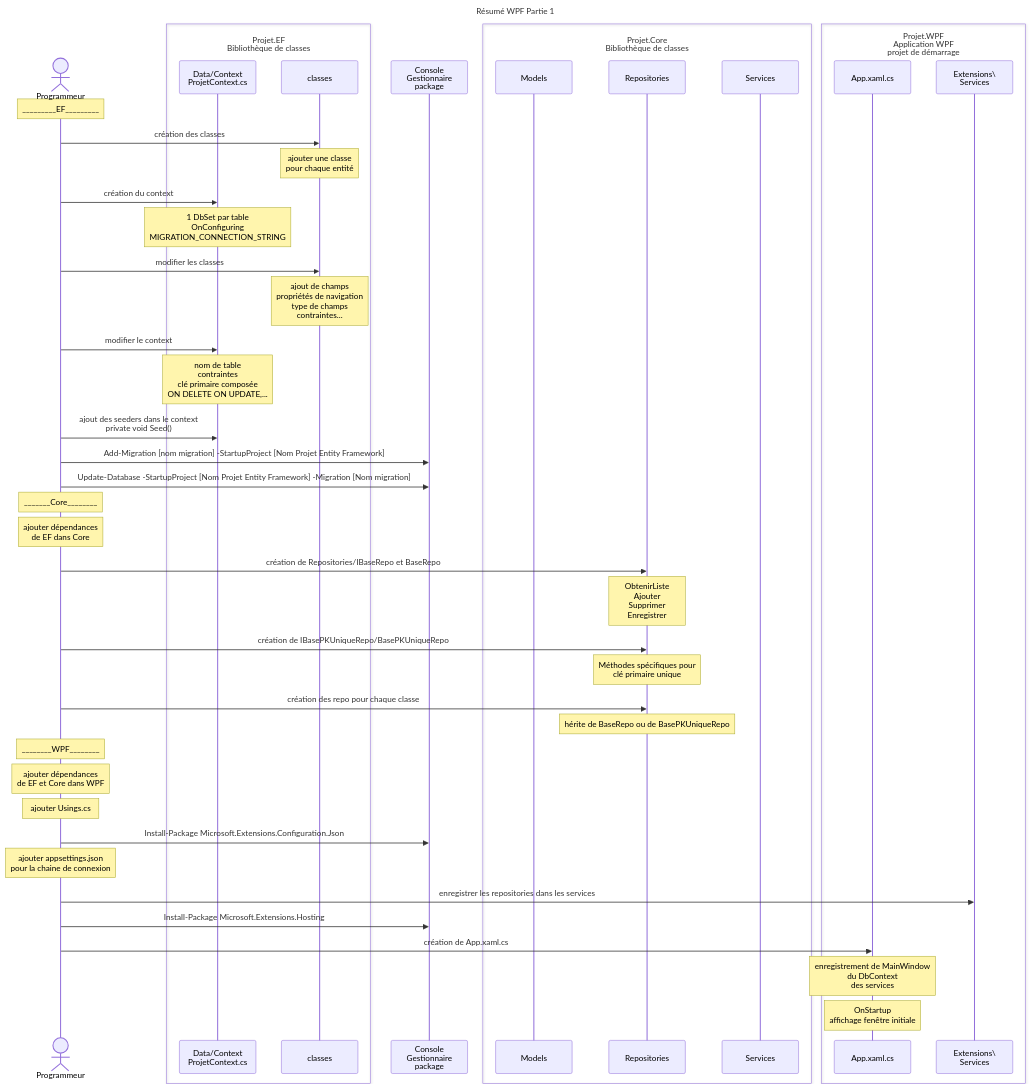
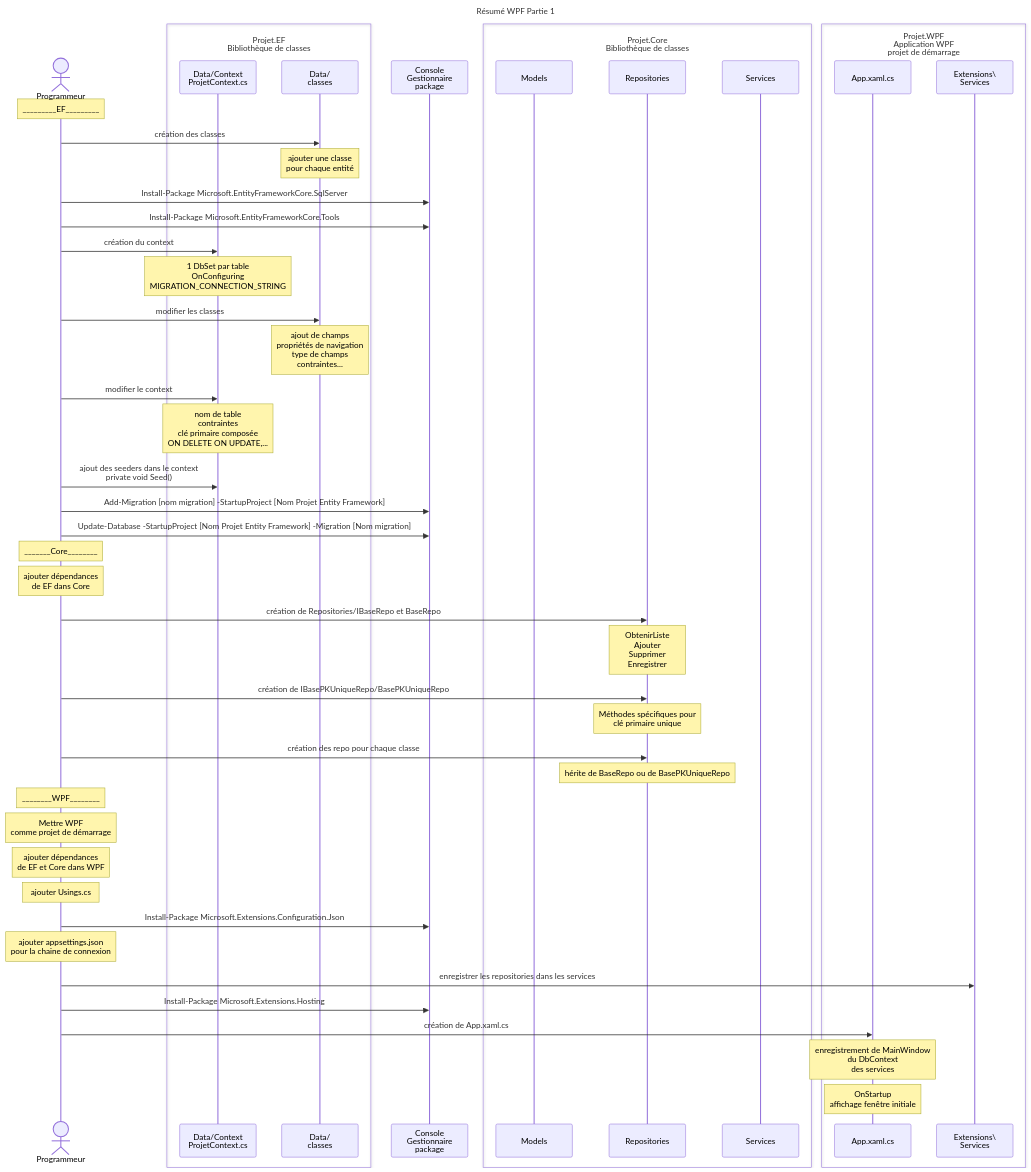
The diagram in docs/70-WPF partie 1/wpf_resume.md (BenoitDesrosiers/4N1_2024), drawn with Mermaid before and after one commit. The commit also changed other lines of this file and 11 other files, not shown here.

````diff
--- a/docs/70-WPF partie 1/wpf_resume.md
+++ b/docs/70-WPF partie 1/wpf_resume.md
@@ -13,56 +13,59 @@
 ```mermaid
 sequenceDiagram
     title Résumé WPF Partie 1
     actor prog as Programmeur
     
     box  Projet.EF<br>Bibliothèque de classes
     participant ef_context as Data/Context<br>ProjetContext.cs
-    participant ef_classe as classes
+    participant ef_classe as Data/<br>classes
     end
+    participant cgp as Console<br>Gestionnaire<br>package
     note over prog: _________EF_________
     prog->>ef_classe: création des classes
     note over ef_classe: ajouter une classe<br>pour chaque entité
+    prog->>cgp: Install-Package Microsoft.EntityFrameworkCore.SqlServer
+    prog->>cgp: Install-Package Microsoft.EntityFrameworkCore.Tools
     prog->>ef_context: création du context
     note over ef_context: 1 DbSet par table<br>OnConfiguring<br>MIGRATION_CONNECTION_STRING
-    participant cgp as Console<br>Gestionnaire<br>package
     prog->>ef_classe: modifier les classes
     note over ef_classe: ajout de champs<br>propriétés de navigation<br>type de champs<br>contraintes...
     prog->>ef_context: modifier le context
     note over ef_context: nom de table<br>contraintes<br>clé primaire composée<br>ON DELETE ON UPDATE,...
     prog->>ef_context: ajout des seeders dans le context<br>private void Seed()
     prog->>cgp: Add-Migration [nom migration] -StartupProject [Nom Projet Entity Framework]
     prog->>cgp: Update-Database -StartupProject [Nom Projet Entity Framework] -Migration [Nom migration]
 
 
     note over prog: _______Core________
     box  Projet.Core<br>Bibliothèque de classes
     participant core_model as Models
     participant core_repo as Repositories
     participant core_serv as Services
     end
     note over prog: ajouter dépendances<br>de EF dans Core
     prog->>core_repo:création de Repositories/IBaseRepo et BaseRepo
     note over core_repo: ObtenirListe<br>Ajouter<br>Supprimer<br>Enregistrer
     prog->>core_repo:création de IBasePKUniqueRepo/BasePKUniqueRepo
     note over core_repo: Méthodes spécifiques pour<br>clé primaire unique
     prog->>core_repo: création des repo pour chaque classe
     note over core_repo: hérite de BaseRepo ou de BasePKUniqueRepo
 
     note over prog:________WPF________
+    note over prog:Mettre WPF <br>comme projet de démarrage
     box Projet.WPF<br>Application WPF<br>projet de démarrage
     participant wpf_app as App.xaml.cs 
     participant wpf_serv as Extensions\<br>Services
     end
     note over prog: ajouter dépendances<br>de EF et Core dans WPF
     note over prog: ajouter Usings.cs
     prog->>cgp:Install-Package Microsoft.Extensions.Configuration.Json
     note over prog: ajouter appsettings.json<br>pour la chaine de connexion
     prog->>wpf_serv:enregistrer les repositories dans les services
     prog->>cgp:Install-Package Microsoft.Extensions.Hosting
     prog->>wpf_app:création de App.xaml.cs
     note over wpf_app:enregistrement de MainWindow<br>du DbContext<br>des services
     note over wpf_app:OnStartup<br>affichage fenêtre initiale
 
 
 
 ```
````
